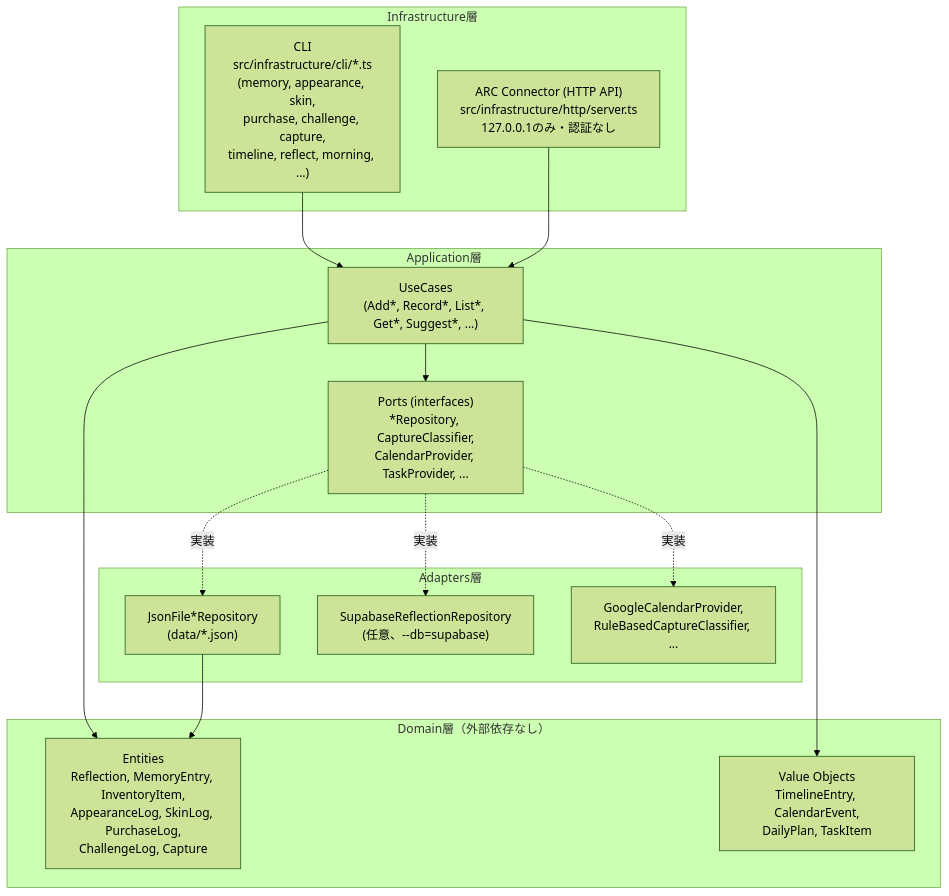
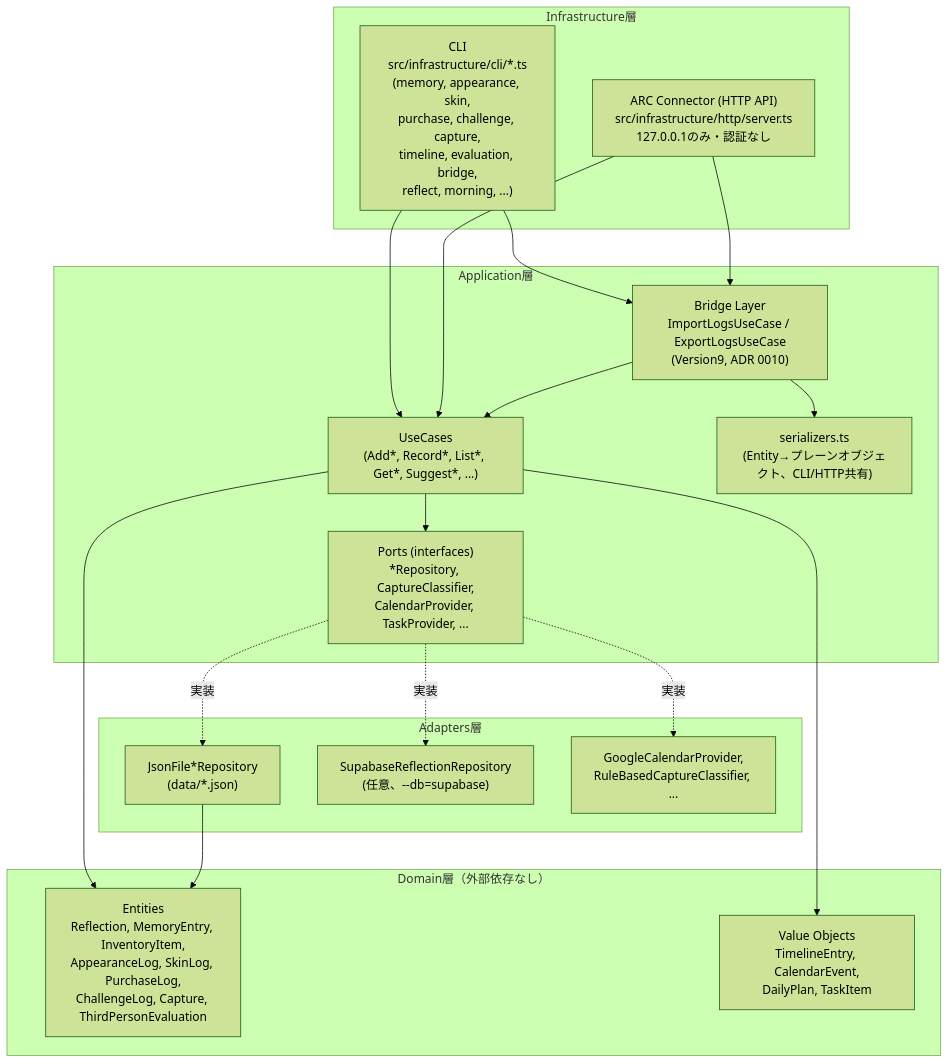
One commit to okano171013-ai/project-arc changed the first of 3 diagrams in docs/architecture-diagram.md. Above: the diagram before and after it, drawn with Mermaid (forest theme). The commit also changed other lines of this file and 38 other files, not shown here.

First line of the commit message:
Version9: ARC Bridge

````diff
--- a/docs/architecture-diagram.md
+++ b/docs/architecture-diagram.md
@@ -11,33 +12,39 @@
 ```mermaid
 graph TB
     subgraph Infrastructure["Infrastructure層"]
-        CLI["CLI\nsrc/infrastructure/cli/*.ts\n(memory, appearance, skin,\npurchase, challenge, capture,\ntimeline, reflect, morning, ...)"]
+        CLI["CLI\nsrc/infrastructure/cli/*.ts\n(memory, appearance, skin,\npurchase, challenge, capture,\ntimeline, evaluation, bridge,\nreflect, morning, ...)"]
         HTTP["ARC Connector (HTTP API)\nsrc/infrastructure/http/server.ts\n127.0.0.1のみ・認証なし"]
     end
 
     subgraph Application["Application層"]
         UC["UseCases\n(Add*, Record*, List*, Get*, Suggest*, ...)"]
+        Bridge["Bridge Layer\nImportLogsUseCase / ExportLogsUseCase\n(Version9, ADR 0010)"]
+        Serializers["serializers.ts\n(Entity→プレーンオブジェクト、CLI/HTTP共有)"]
         Ports["Ports (interfaces)\n*Repository, CaptureClassifier,\nCalendarProvider, TaskProvider, ..."]
     end
 
     subgraph Domain["Domain層（外部依存なし）"]
-        Entities["Entities\nReflection, MemoryEntry, InventoryItem,\nAppearanceLog, SkinLog, PurchaseLog,\nChallengeLog, Capture"]
+        Entities["Entities\nReflection, MemoryEntry, InventoryItem,\nAppearanceLog, SkinLog, PurchaseLog,\nChallengeLog, Capture, ThirdPersonEvaluation"]
         VO["Value Objects\nTimelineEntry, CalendarEvent,\nDailyPlan, TaskItem"]
     end
 
     subgraph Adapters["Adapters層"]
         JsonRepo["JsonFile*Repository\n(data/*.json)"]
         SupaRepo["SupabaseReflectionRepository\n(任意、--db=supabase)"]
         Providers["GoogleCalendarProvider,\nRuleBasedCaptureClassifier, ..."]
     end
 
     CLI --> UC
+    CLI --> Bridge
     HTTP --> UC
+    HTTP --> Bridge
+    Bridge --> UC
+    Bridge --> Serializers
     UC --> Ports
     UC --> Entities
     Ports -.実装.-> JsonRepo
     Ports -.実装.-> SupaRepo
     Ports -.実装.-> Providers
     JsonRepo --> Entities
     UC --> VO
 ```
````
